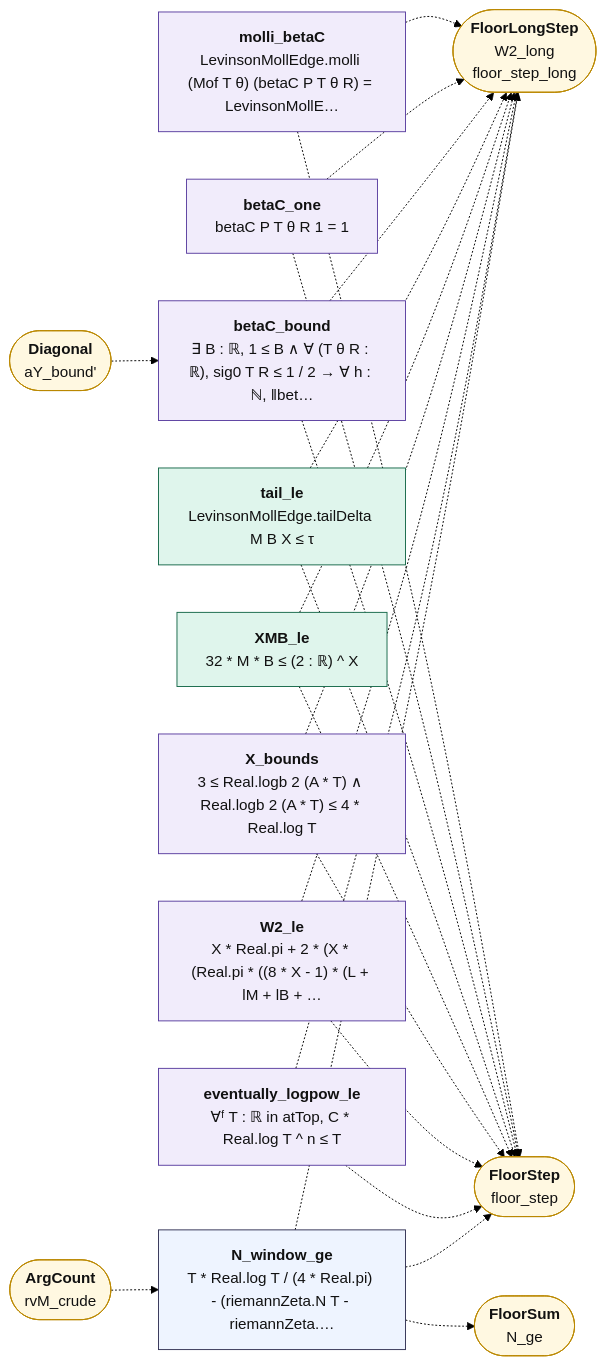
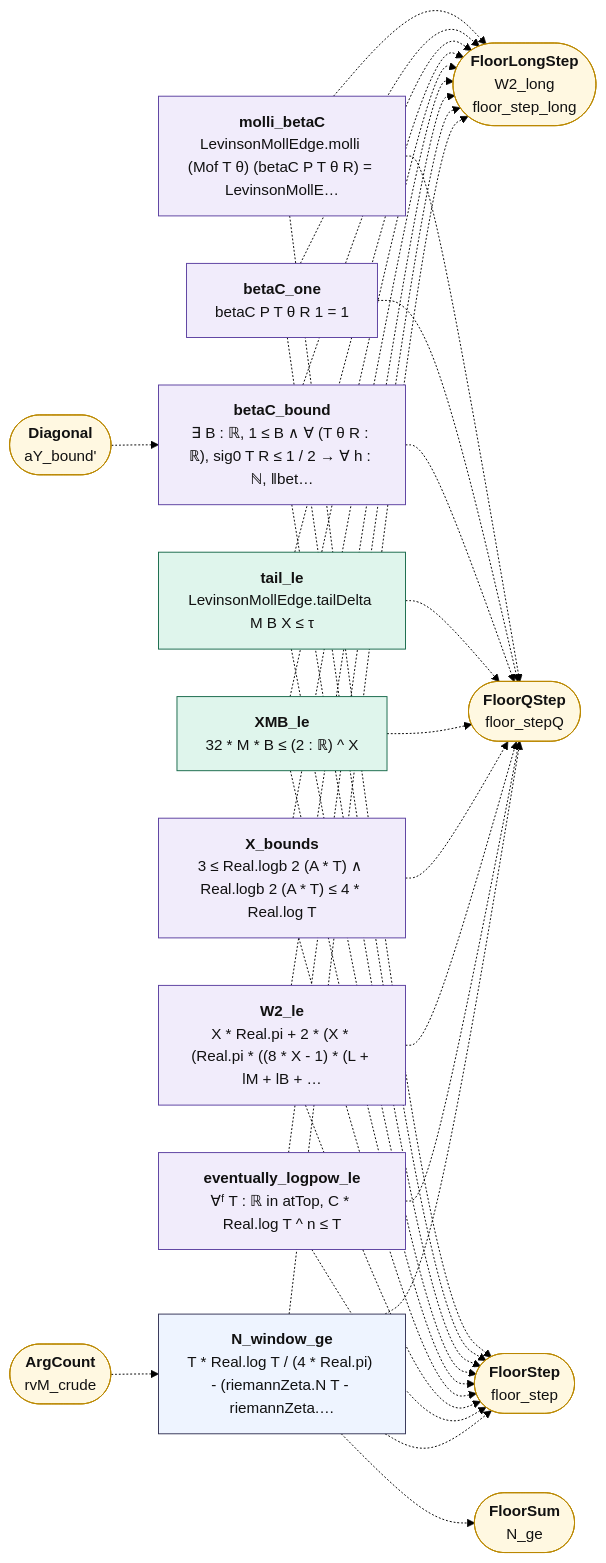
One commit to juliansambranojr/Primebeat_081426 changed the diagram in map/lean_stage3/FloorStepSize.md. Above: the diagram before and after it, drawn with Mermaid (forest theme). The commit also changed other lines of this file and 70 other files, not shown here.

````diff
--- a/map/lean_stage3/FloorStepSize.md
+++ b/map/lean_stage3/FloorStepSize.md
@@ -14,46 +14,56 @@
 ```mermaid
 flowchart LR
   n0["<b>molli_betaC</b><br/>LevinsonMollEdge.molli (Mof T θ) (betaC P T θ R) = LevinsonMollE…"]:::shp
   n1["<b>betaC_one</b><br/>betaC P T θ R 1 = 1"]:::shp
   n2["<b>betaC_bound</b><br/>∃ B : ℝ, 1 ≤ B ∧ ∀ (T θ R : ℝ), sig0 T R ≤ 1 / 2 → ∀ h : ℕ, ‖bet…"]:::shp
   n3["<b>tail_le</b><br/>LevinsonMollEdge.tailDelta M B X ≤ τ"]:::cnt
   n4["<b>XMB_le</b><br/>32 * M * B ≤ (2 : ℝ) ^ X"]:::cnt
   n5["<b>X_bounds</b><br/>3 ≤ Real.logb 2 (A * T) ∧ Real.logb 2 (A * T) ≤ 4 * Real.log T"]:::shp
   n6["<b>W2_le</b><br/>X * Real.pi + 2 * (X * (Real.pi * ((8 * X - 1) * (L + lM + lB + …"]:::shp
   n7["<b>eventually_logpow_le</b><br/>∀ᶠ T : ℝ in atTop, C * Real.log T ^ n ≤ T"]:::shp
   n8["<b>N_window_ge</b><br/>T * Real.log T / (4 * Real.pi) - (riemannZeta.N T - riemannZeta.…"]:::thm
   x0(["<b>FloorLongStep</b><br/>W2_long<br/>floor_step_long"]):::ext
-  x1(["<b>FloorStep</b><br/>floor_step"]):::ext
-  x2(["<b>Diagonal</b><br/>aY_bound'"]):::ext
-  x3(["<b>ArgCount</b><br/>rvM_crude"]):::ext
-  x4(["<b>FloorSum</b><br/>N_ge"]):::ext
+  x1(["<b>FloorQStep</b><br/>floor_stepQ"]):::ext
+  x2(["<b>FloorStep</b><br/>floor_step"]):::ext
+  x3(["<b>Diagonal</b><br/>aY_bound'"]):::ext
+  x4(["<b>ArgCount</b><br/>rvM_crude"]):::ext
+  x5(["<b>FloorSum</b><br/>N_ge"]):::ext
   n0 -.-> x0
   n0 -.-> x1
+  n0 -.-> x2
   n1 -.-> x0
   n1 -.-> x1
+  n1 -.-> x2
   n2 -.-> x0
   n2 -.-> x1
+  n2 -.-> x2
   n3 -.-> x0
   n3 -.-> x1
+  n3 -.-> x2
   n4 -.-> x0
   n4 -.-> x1
+  n4 -.-> x2
   n5 -.-> x0
   n5 -.-> x1
+  n5 -.-> x2
   n6 -.-> x0
   n6 -.-> x1
+  n6 -.-> x2
   n7 -.-> x0
   n7 -.-> x1
+  n7 -.-> x2
   n8 -.-> x0
   n8 -.-> x1
-  n8 -.-> x4
-  x2 -.-> n2
-  x3 -.-> n8
+  n8 -.-> x2
+  n8 -.-> x5
+  x3 -.-> n2
+  x4 -.-> n8
   classDef cnt fill:#dff5ec,stroke:#17694a,color:#111
   classDef shp fill:#f1ecfb,stroke:#5b3fa0,color:#111
   classDef rh fill:#ffe5e5,stroke:#c22,color:#111,stroke-width:2px
   classDef thm fill:#eef4ff,stroke:#335,color:#111
   classDef end_ fill:#e7f7e7,stroke:#2a7,color:#111,stroke-width:2px
   classDef lone fill:#fff,stroke:#999,color:#111,stroke-dasharray:4 3
   classDef bad fill:#ffe5e5,stroke:#c22,color:#111,stroke-width:2px
   classDef ext fill:#fff8e1,stroke:#b80,color:#111
 ```
````
